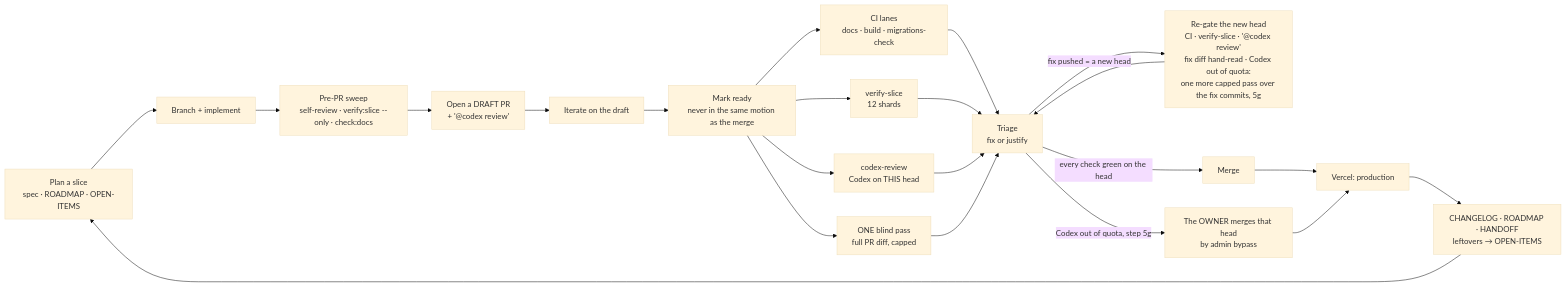
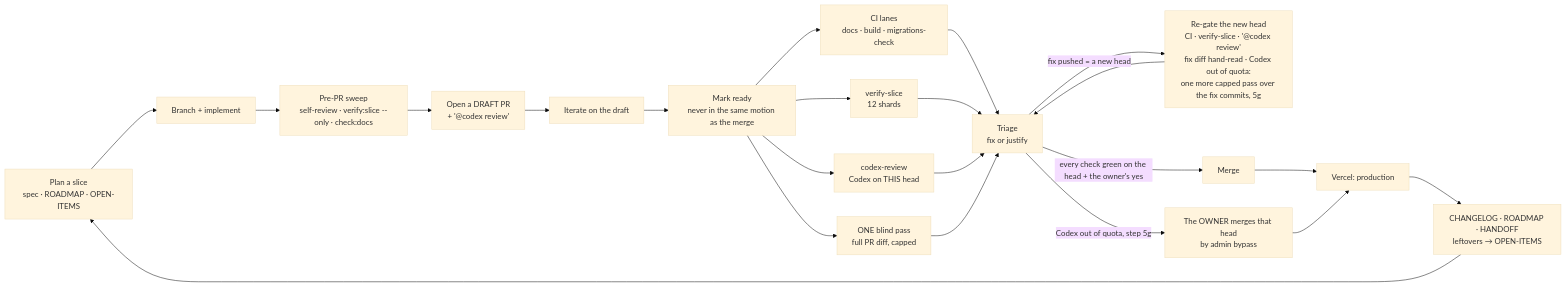
Before and after one commit to min-hinthar/mms-platform: the diagram in docs/WORKFLOW.md, drawn with Mermaid (base theme). The commit also changed other lines of this file and 11 other files, not shown here.

````diff
--- a/docs/WORKFLOW.md
+++ b/docs/WORKFLOW.md
@@ -15,21 +15,21 @@
 ```mermaid
 flowchart LR
   A[Plan a slice<br/>spec · ROADMAP · OPEN-ITEMS] --> B[Branch + implement]
   B --> S[Pre-PR sweep<br/>self-review · verify:slice --only · check:docs]
   S --> C[Open a DRAFT PR<br/>+ '@codex review']
   C --> R[Iterate on the draft]
   R --> M[Mark ready<br/>never in the same motion as the merge]
   M --> P1[CI lanes<br/>docs · build · migrations-check]
   M --> P2[verify-slice<br/>12 shards]
   M --> P3[codex-review<br/>Codex on THIS head]
   M --> P4[ONE blind pass<br/>full PR diff, capped]
   P1 & P2 & P3 & P4 --> T[Triage<br/>fix or justify]
   T -->|fix pushed = a new head| N[Re-gate the new head<br/>CI · verify-slice · '@codex review'<br/>fix diff hand-read · Codex out of quota:<br/>one more capped pass over the fix commits, 5g]
   N --> T
-  T -->|every check green on the head| G[Merge]
+  T -->|every check green on the head + the owner's yes| G[Merge]
   T -->|Codex out of quota, step 5g| O[The OWNER merges that head<br/>by admin bypass]
   G --> H[Vercel: production]
   O --> H
   H --> I[CHANGELOG · ROADMAP · HANDOFF<br/>leftovers → OPEN-ITEMS]
   I --> A
 ```
````
